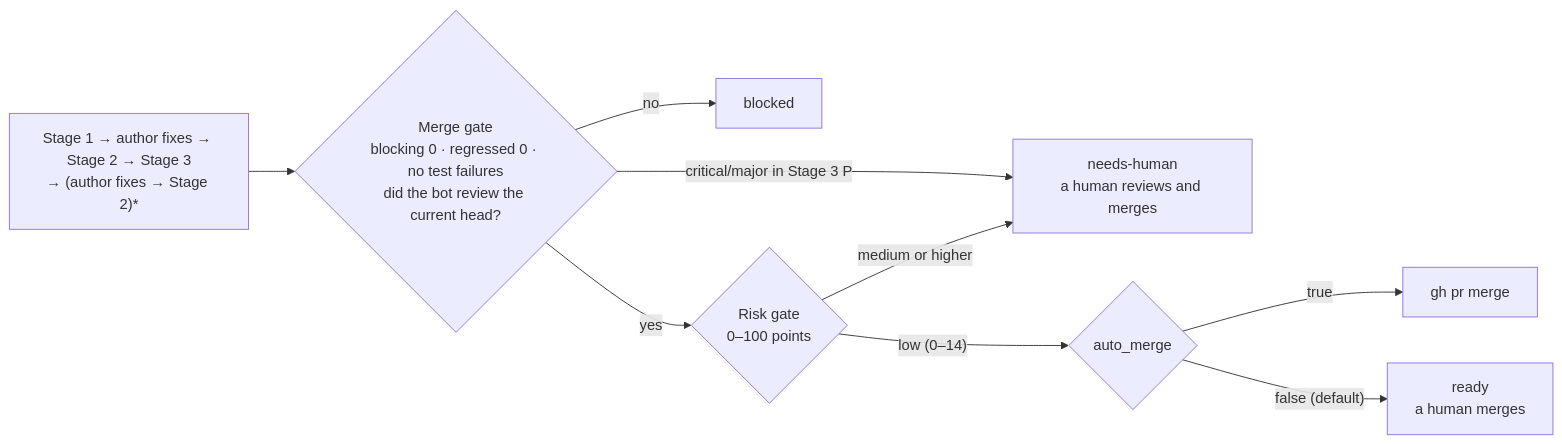
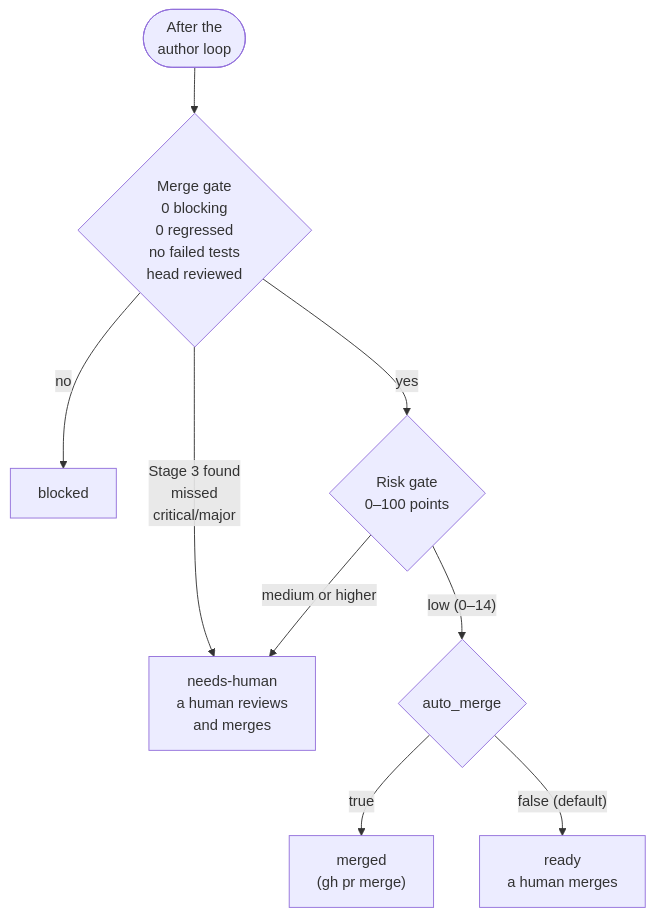
Before and after one commit to thswlsqls/pr-quorum: the second of 4 diagrams in README.md, drawn with Mermaid. The commit also changed other lines of this file, not shown here.

Commit message:
docs : [docs/readme-diagrams] Split the chain diagram and add Stage 1, permission, and setup diagrams

````diff
--- a/README.md
+++ b/README.md
@@ -25,11 +39,11 @@
 ```mermaid
-flowchart LR
-  C["Stage 1 → author fixes → Stage 2 → Stage 3<br/>→ (author fixes → Stage 2)*"] --> MG{"Merge gate<br/>blocking 0 · regressed 0 · no test failures<br/>did the bot review the current head?"}
+flowchart TD
+  G(["After the<br/>author loop"]) --> MG{"Merge gate<br/>0 blocking<br/>0 regressed<br/>no failed tests<br/>head reviewed"}
   MG -- no --> B[blocked]
-  MG -- "critical/major in Stage 3 P" --> H
+  MG -- "Stage 3 found<br/>missed<br/>critical/major" --> H
   MG -- yes --> RG{"Risk gate<br/>0–100 points"}
   RG -- "low (0–14)" --> A{"auto_merge"}
-  A -- true --> M[gh pr merge]
+  A -- true --> M["merged<br/>(gh pr merge)"]
   A -- "false (default)" --> R["ready<br/>a human merges"]
-  RG -- "medium or higher" --> H["needs-human<br/>a human reviews and merges"]
+  RG -- "medium or higher" --> H["needs-human<br/>a human reviews<br/>and merges"]
 ```
````
